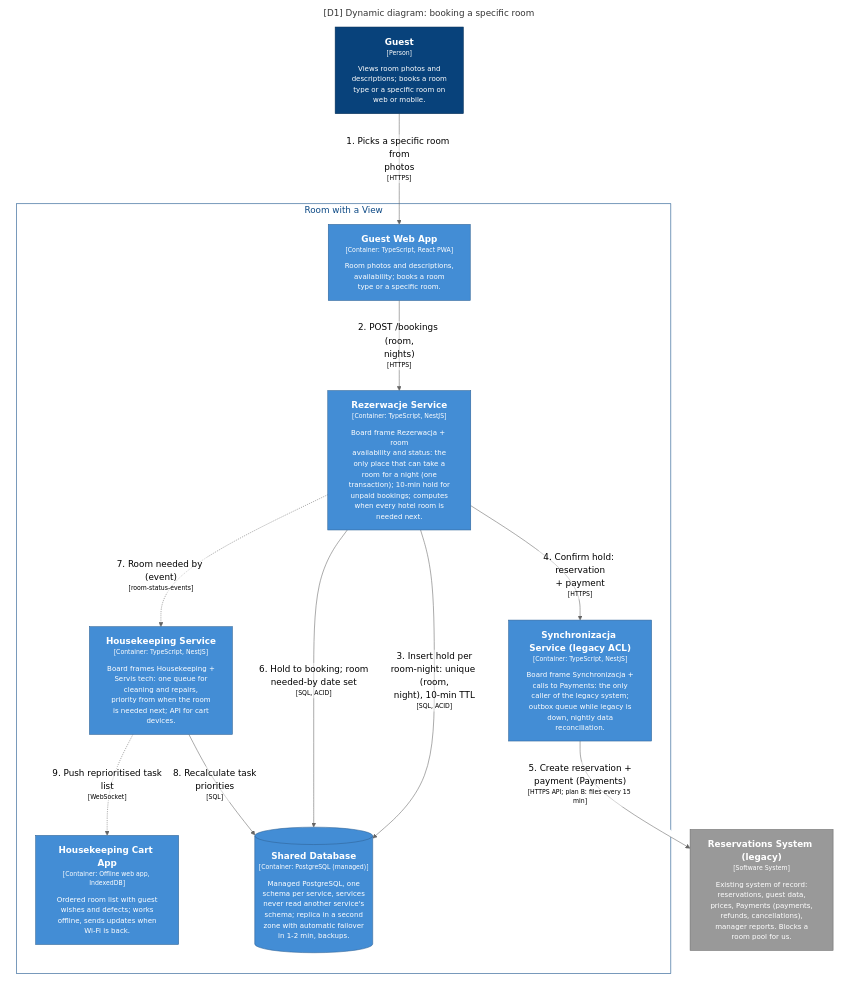
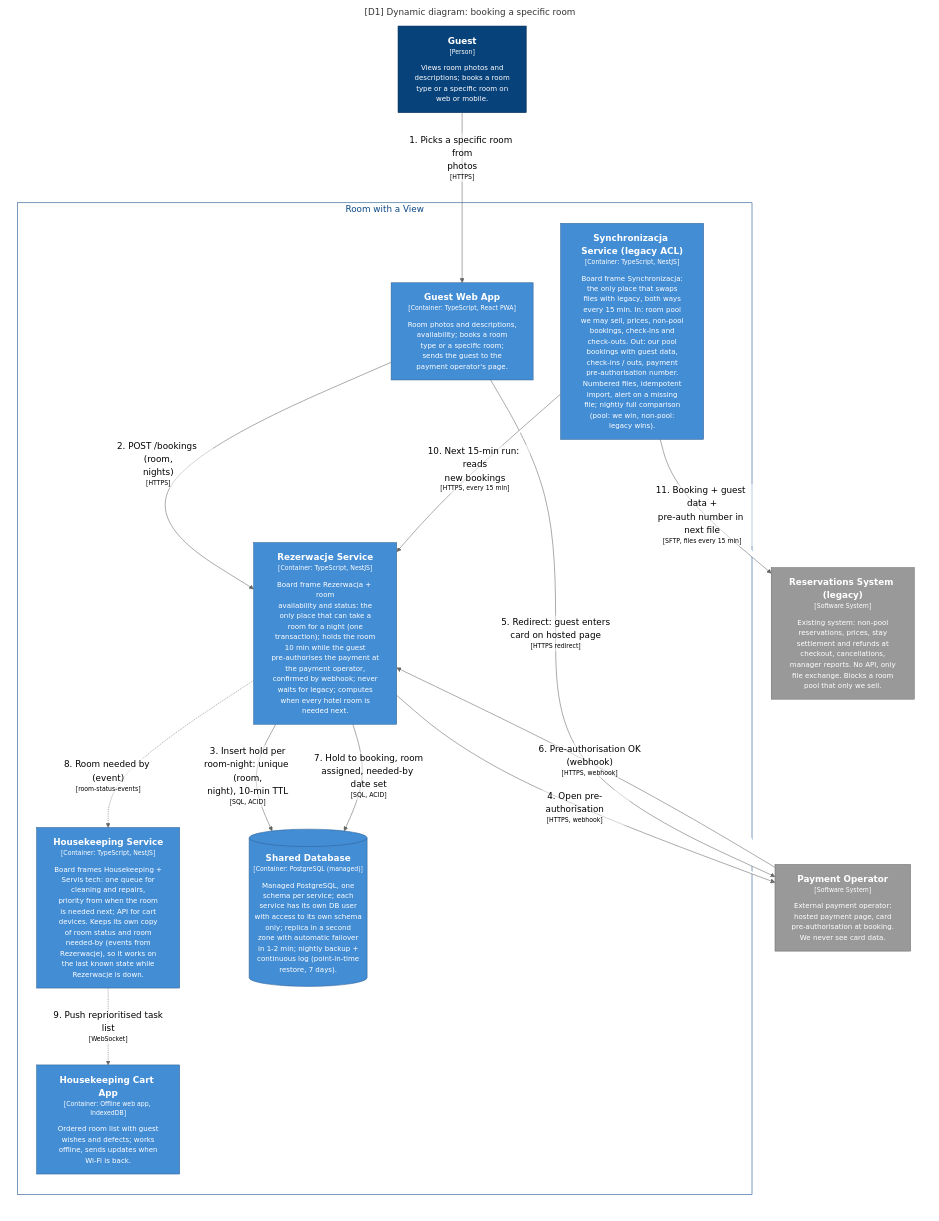
Before and after one commit to patrykkarny/Kata-workshopAI: the diagram in zadanie/c4/out/mermaid/D1-KeyFlow.mmd, drawn with Mermaid (neutral theme). The commit also changed 28 other files, not shown here.

Commit message:
c4 i prezentacja: pliki z legacy, operator płatności, smart locki w MVP, nowe top 3

```diff
--- a/zadanie/c4/out/mermaid/D1-KeyFlow.mmd
+++ b/zadanie/c4/out/mermaid/D1-KeyFlow.mmd
@@ -1,39 +1,43 @@
 graph LR
   linkStyle default fill:#ffffff
 
   subgraph diagram ["[D1] Dynamic diagram: booking a specific room"]
     style diagram fill:#ffffff,stroke:#ffffff
 
     subgraph 4 ["Room with a View"]
       style 4 fill:#ffffff,stroke:#0b4884,color:#0b4884
 
-      11["<div style='font-weight: bold'>Synchronizacja Service (legacy ACL)</div><div style='font-size: 70%; margin-top: 0px'>[Container: TypeScript, NestJS]</div><div style='font-size: 80%; margin-top:10px'>Board frame Synchronizacja +<br />calls to Payments: the only<br />caller of the legacy system;<br />outbox queue while legacy is<br />down, nightly data<br />reconciliation.</div>"]
+      11["<div style='font-weight: bold'>Synchronizacja Service (legacy ACL)</div><div style='font-size: 70%; margin-top: 0px'>[Container: TypeScript, NestJS]</div><div style='font-size: 80%; margin-top:10px'>Board frame Synchronizacja:<br />the only place that swaps<br />files with legacy, both ways<br />every 15 min. In: room pool<br />we may sell, prices, non-pool<br />bookings, check-ins and<br />check-outs. Out: our pool<br />bookings with guest data,<br />check-ins / outs, payment<br />pre-authorisation number.<br />Numbered files, idempotent<br />import, alert on a missing<br />file; nightly full comparison<br />(pool: we win, non-pool:<br />legacy wins).</div>"]
       style 11 fill:#438dd5,stroke:#2e6295,color:#ffffff
-      13[("<div style='font-weight: bold'>Shared Database</div><div style='font-size: 70%; margin-top: 0px'>[Container: PostgreSQL (managed)]</div><div style='font-size: 80%; margin-top:10px'>Managed PostgreSQL, one<br />schema per service, services<br />never read another service's<br />schema; replica in a second<br />zone with automatic failover<br />in 1-2 min, backups.</div>")]
+      13[("<div style='font-weight: bold'>Shared Database</div><div style='font-size: 70%; margin-top: 0px'>[Container: PostgreSQL (managed)]</div><div style='font-size: 80%; margin-top:10px'>Managed PostgreSQL, one<br />schema per service; each<br />service has its own DB user<br />with access to its own schema<br />only; replica in a second<br />zone with automatic failover<br />in 1-2 min; nightly backup +<br />continuous log (point-in-time<br />restore, 7 days).</div>")]
       style 13 fill:#438dd5,stroke:#2e6295,color:#ffffff
-      5["<div style='font-weight: bold'>Guest Web App</div><div style='font-size: 70%; margin-top: 0px'>[Container: TypeScript, React PWA]</div><div style='font-size: 80%; margin-top:10px'>Room photos and descriptions,<br />availability; books a room<br />type or a specific room.</div>"]
+      5["<div style='font-weight: bold'>Guest Web App</div><div style='font-size: 70%; margin-top: 0px'>[Container: TypeScript, React PWA]</div><div style='font-size: 80%; margin-top:10px'>Room photos and descriptions,<br />availability; books a room<br />type or a specific room;<br />sends the guest to the<br />payment operator's page.</div>"]
       style 5 fill:#438dd5,stroke:#2e6295,color:#ffffff
       7["<div style='font-weight: bold'>Housekeeping Cart App</div><div style='font-size: 70%; margin-top: 0px'>[Container: Offline web app, IndexedDB]</div><div style='font-size: 80%; margin-top:10px'>Ordered room list with guest<br />wishes and defects; works<br />offline, sends updates when<br />Wi-Fi is back.</div>"]
       style 7 fill:#438dd5,stroke:#2e6295,color:#ffffff
-      8["<div style='font-weight: bold'>Rezerwacje Service</div><div style='font-size: 70%; margin-top: 0px'>[Container: TypeScript, NestJS]</div><div style='font-size: 80%; margin-top:10px'>Board frame Rezerwacja + room<br />availability and status: the<br />only place that can take a<br />room for a night (one<br />transaction); 10-min hold for<br />unpaid bookings; computes<br />when every hotel room is<br />needed next.</div>"]
+      8["<div style='font-weight: bold'>Rezerwacje Service</div><div style='font-size: 70%; margin-top: 0px'>[Container: TypeScript, NestJS]</div><div style='font-size: 80%; margin-top:10px'>Board frame Rezerwacja + room<br />availability and status: the<br />only place that can take a<br />room for a night (one<br />transaction); holds the room<br />10 min while the guest<br />pre-authorises the payment at<br />the payment operator,<br />confirmed by webhook; never<br />waits for legacy; computes<br />when every hotel room is<br />needed next.</div>"]
       style 8 fill:#438dd5,stroke:#2e6295,color:#ffffff
-      9["<div style='font-weight: bold'>Housekeeping Service</div><div style='font-size: 70%; margin-top: 0px'>[Container: TypeScript, NestJS]</div><div style='font-size: 80%; margin-top:10px'>Board frames Housekeeping +<br />Servis tech: one queue for<br />cleaning and repairs,<br />priority from when the room<br />is needed next; API for cart<br />devices.</div>"]
+      9["<div style='font-weight: bold'>Housekeeping Service</div><div style='font-size: 70%; margin-top: 0px'>[Container: TypeScript, NestJS]</div><div style='font-size: 80%; margin-top:10px'>Board frames Housekeeping +<br />Servis tech: one queue for<br />cleaning and repairs,<br />priority from when the room<br />is needed next; API for cart<br />devices. Keeps its own copy<br />of room status and room<br />needed-by (events from<br />Rezerwacje), so it works on<br />the last known state while<br />Rezerwacje is down.</div>"]
       style 9 fill:#438dd5,stroke:#2e6295,color:#ffffff
     end
 
     1["<div style='font-weight: bold'>Guest</div><div style='font-size: 70%; margin-top: 0px'>[Person]</div><div style='font-size: 80%; margin-top:10px'>Views room photos and<br />descriptions; books a room<br />type or a specific room on<br />web or mobile.</div>"]
     style 1 fill:#08427b,stroke:#052e56,color:#ffffff
-    15["<div style='font-weight: bold'>Reservations System (legacy)</div><div style='font-size: 70%; margin-top: 0px'>[Software System]</div><div style='font-size: 80%; margin-top:10px'>Existing system of record:<br />reservations, guest data,<br />prices, Payments (payments,<br />refunds, cancellations),<br />manager reports. Blocks a<br />room pool for us.</div>"]
+    15["<div style='font-weight: bold'>Reservations System (legacy)</div><div style='font-size: 70%; margin-top: 0px'>[Software System]</div><div style='font-size: 80%; margin-top:10px'>Existing system: non-pool<br />reservations, prices, stay<br />settlement and refunds at<br />checkout, cancellations,<br />manager reports. No API, only<br />file exchange. Blocks a room<br />pool that only we sell.</div>"]
     style 15 fill:#999999,stroke:#6b6b6b,color:#ffffff
+    17["<div style='font-weight: bold'>Payment Operator</div><div style='font-size: 70%; margin-top: 0px'>[Software System]</div><div style='font-size: 80%; margin-top:10px'>External payment operator:<br />hosted payment page, card<br />pre-authorisation at booking.<br />We never see card data.</div>"]
+    style 17 fill:#999999,stroke:#6b6b6b,color:#ffffff
 
     1-- "<div>1. Picks a specific room from<br />photos</div><div style='font-size: 70%'>[HTTPS]</div>" -->5
     5-- "<div>2. POST /bookings (room,<br />nights)</div><div style='font-size: 70%'>[HTTPS]</div>" -->8
     8-- "<div>3. Insert hold per<br />room-night: unique (room,<br />night), 10-min TTL</div><div style='font-size: 70%'>[SQL, ACID]</div>" -->13
-    8-- "<div>4. Confirm hold: reservation<br />+ payment</div><div style='font-size: 70%'>[HTTPS]</div>" -->11
-    11-- "<div>5. Create reservation +<br />payment (Payments)</div><div style='font-size: 70%'>[HTTPS API; plan B: files every 15 min]</div>" -->15
-    8-- "<div>6. Hold to booking; room<br />needed-by date set</div><div style='font-size: 70%'>[SQL, ACID]</div>" -->13
-    8-. "<div>7. Room needed by (event)</div><div style='font-size: 70%'>[room-status-events]</div>" .->9
-    9-- "<div>8. Recalculate task<br />priorities</div><div style='font-size: 70%'>[SQL]</div>" -->13
+    8-- "<div>4. Open pre-authorisation</div><div style='font-size: 70%'>[HTTPS, webhook]</div>" -->17
+    5-- "<div>5. Redirect: guest enters<br />card on hosted page</div><div style='font-size: 70%'>[HTTPS redirect]</div>" -->17
+    17-- "<div>6. Pre-authorisation OK<br />(webhook)</div><div style='font-size: 70%'>[HTTPS, webhook]</div>" -->8
+    8-- "<div>7. Hold to booking, room<br />assigned, needed-by date set</div><div style='font-size: 70%'>[SQL, ACID]</div>" -->13
+    8-. "<div>8. Room needed by (event)</div><div style='font-size: 70%'>[room-status-events]</div>" .->9
     9-. "<div>9. Push reprioritised task<br />list</div><div style='font-size: 70%'>[WebSocket]</div>" .->7
+    11-- "<div>10. Next 15-min run: reads<br />new bookings</div><div style='font-size: 70%'>[HTTPS, every 15 min]</div>" -->8
+    11-- "<div>11. Booking + guest data +<br />pre-auth number in next file</div><div style='font-size: 70%'>[SFTP, files every 15 min]</div>" -->15
 
   end
```
